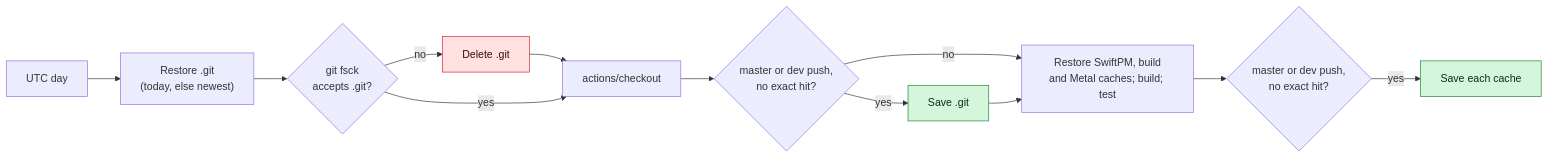
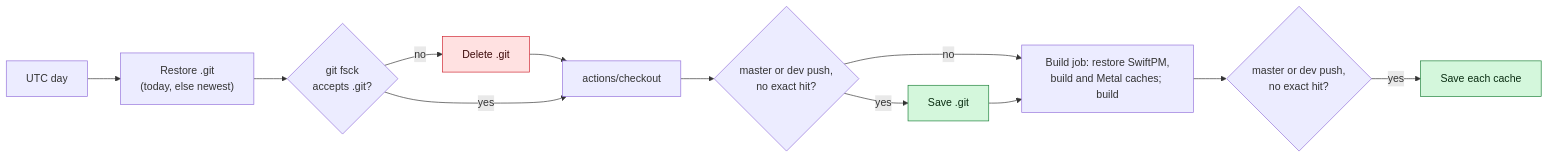
Before and after one commit to Layr-Labs/d-inference: the second of 2 diagrams in docs/developer/build.md, drawn with Mermaid. The commit also changed other lines of this file and 136 other files, not shown here.

First line of the commit message:
Sync dev into master: CI build-once, job sizes, memory sampler, fixture retries, and provider TP work (post-0.10.9) (#1837)

````diff
--- a/docs/developer/build.md
+++ b/docs/developer/build.md
@@ -485,17 +641,17 @@
 ```mermaid
 flowchart LR
   W[UTC day] --> R["Restore .git<br/>(today, else newest)"]
   R --> V{"git fsck<br/>accepts .git?"}
   V -- no --> D[Delete .git] --> K
   V -- yes --> K[actions/checkout]
   K --> G{"master or dev push,<br/>no exact hit?"}
   G -- yes --> S[Save .git]
   G -- no --> B
-  S --> B["Restore SwiftPM, build<br/>and Metal caches; build; test"]
+  S --> B["Build job: restore SwiftPM,<br/>build and Metal caches; build"]
   B --> M{"master or dev push,<br/>no exact hit?"}
   M -- yes --> T[Save each cache]
   classDef save fill:#d4f7dc,stroke:#1a7f37,color:#0b2e13
   classDef fail fill:#ffe1e1,stroke:#cf222e,color:#3d0a0a
   class S,T save
   class D fail
 ```
````
